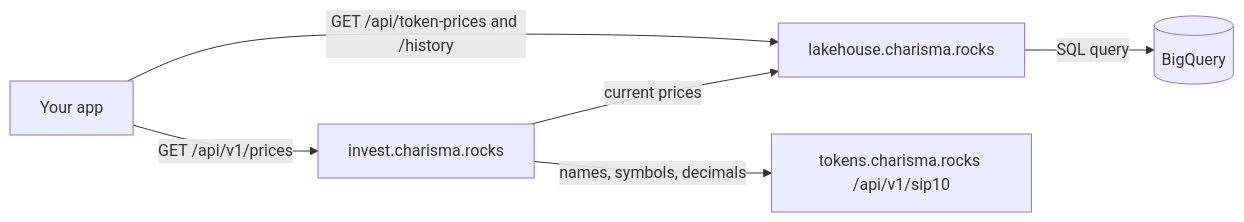
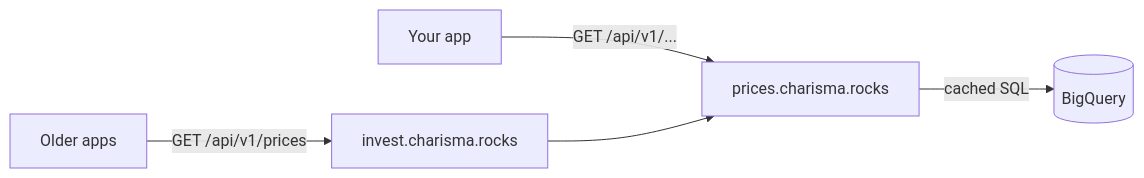
The first of 2 diagrams in apps/docs/docs/prices/api-reference.md (r0zar/charisma), drawn with Mermaid before and after one commit. The commit also changed other lines of this file and 2 other files, not shown here.

Commit message:
docs(prices): Price docs describe Charisma Prices; the brand app list includes it

````diff
--- a/apps/docs/docs/prices/api-reference.md
+++ b/apps/docs/docs/prices/api-reference.md
@@ -10,8 +10,7 @@
 ```mermaid
 flowchart LR
-  app["Your app"] -->|"GET /api/v1/prices"| invest["invest.charisma.rocks"]
-  invest -->|"current prices"| lh["lakehouse.charisma.rocks"]
-  invest -->|"names, symbols, decimals"| meta["tokens.charisma.rocks /api/v1/sip10"]
-  app -->|"GET /api/token-prices and /history"| lh
-  lh -->|"SQL query"| bq[("BigQuery")]
+  app["Your app"] -->|"GET /api/v1/..."| prices["prices.charisma.rocks"]
+  prices -->|"cached SQL"| bq[("BigQuery")]
+  old["Older apps"] -->|"GET /api/v1/prices"| invest["invest.charisma.rocks"]
+  invest --> prices
 ```
````
